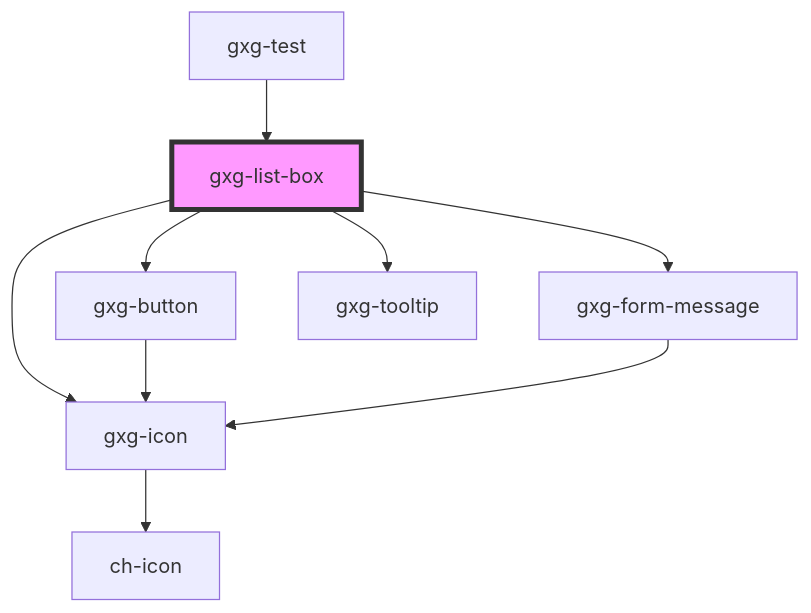
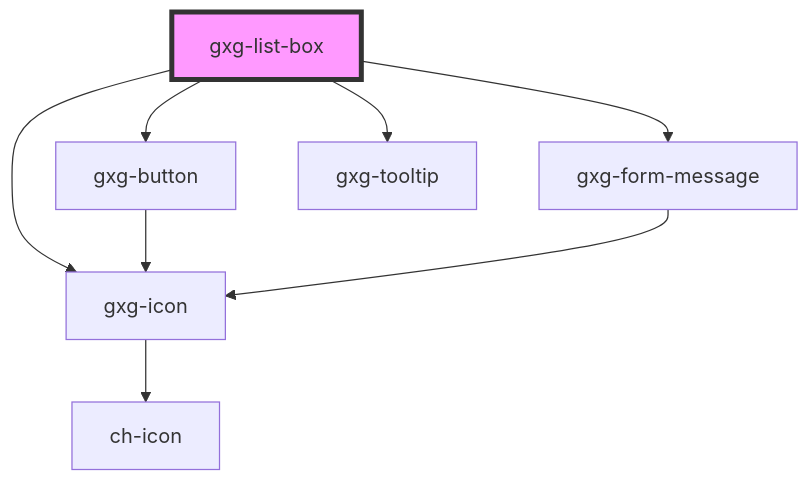
The diagram in src/components/list-box/readme.md (genexuslabs/gemini), drawn with Mermaid before and after one commit. The commit also changed other lines of this file and 19 other files, not shown here.

````diff
--- a/src/components/list-box/readme.md
+++ b/src/components/list-box/readme.md
@@ -63,12 +59,11 @@
 ```mermaid
 graph TD;
   gxg-list-box --> gxg-button
   gxg-list-box --> gxg-form-message
   gxg-list-box --> gxg-tooltip
   gxg-list-box --> gxg-icon
   gxg-button --> gxg-icon
   gxg-icon --> ch-icon
   gxg-form-message --> gxg-icon
-  gxg-test --> gxg-list-box
   style gxg-list-box fill:#f9f,stroke:#333,stroke-width:4px
 ```
````
